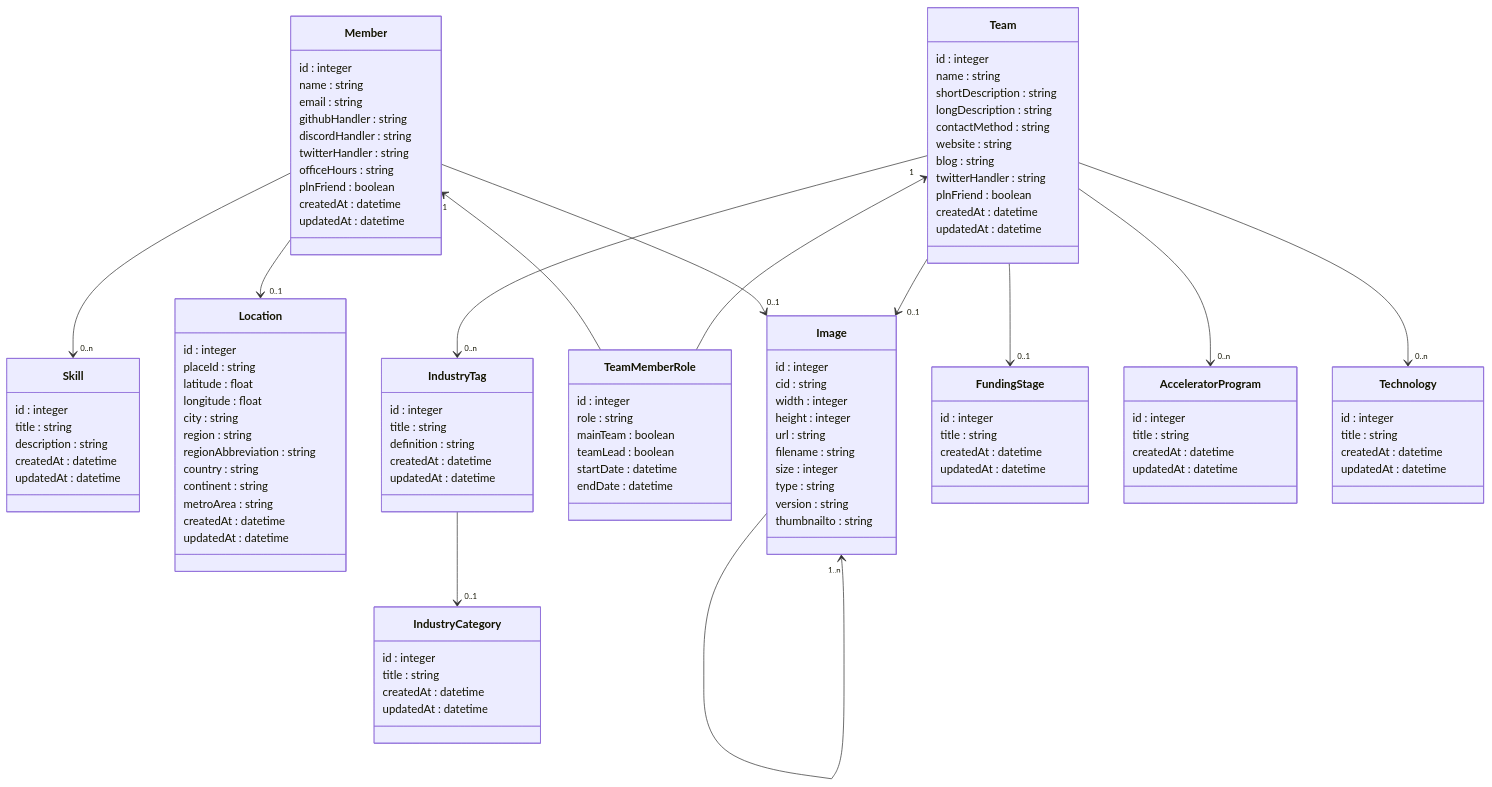
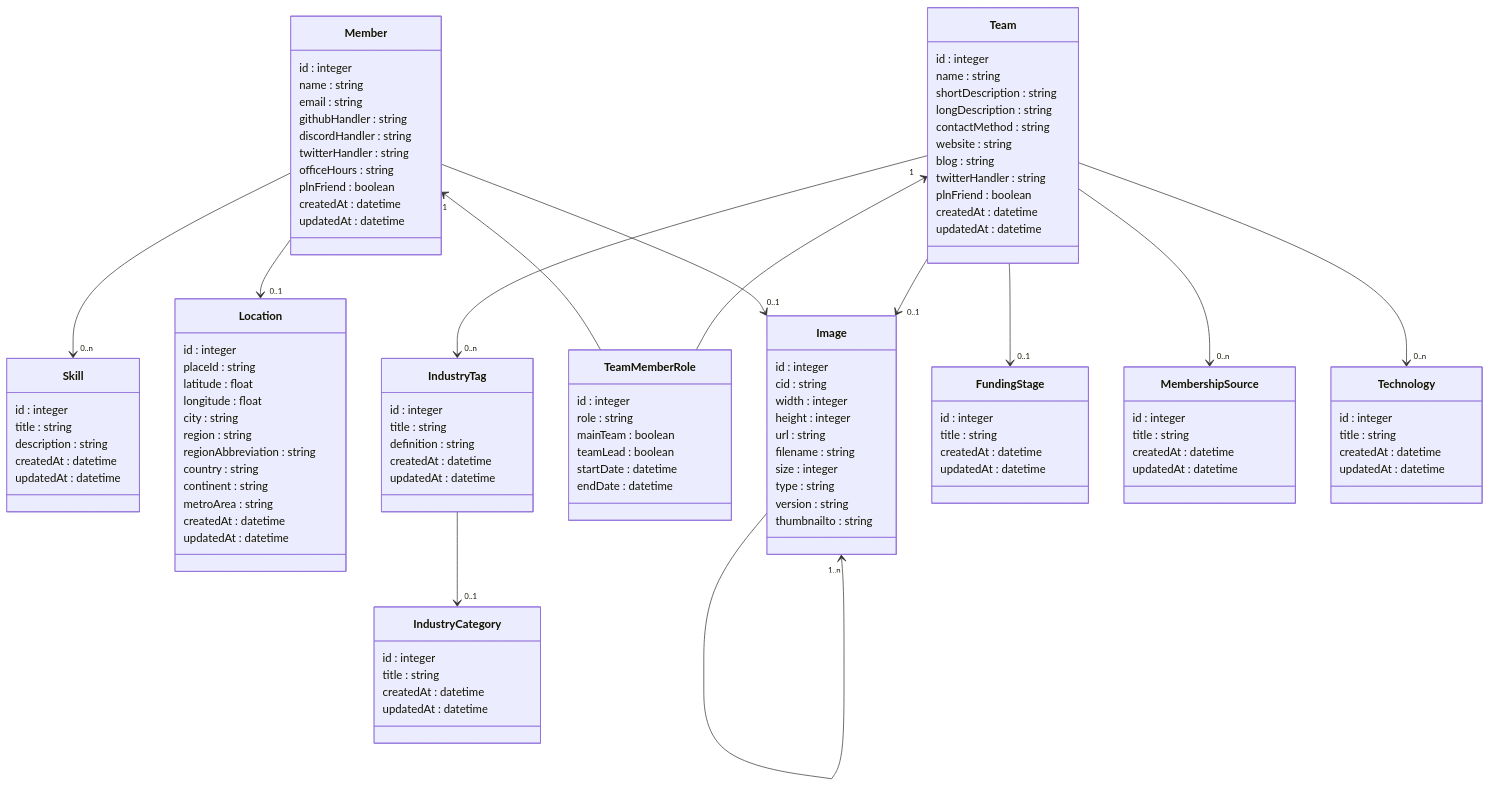
Before and after one commit to memser-spaceport/pln-directory-portal: the diagram in apps/web-api/docs/data-model.md, drawn with Mermaid. The commit also changed 62 other files, not shown here.

First line of the commit message:
feat(PL-459): change accelerator program to membership source

```diff
--- a/apps/web-api/docs/data-model.md
+++ b/apps/web-api/docs/data-model.md
@@ -13,7 +13,7 @@
     Team --> "0..n" IndustryTag
     Team --> "0..1" FundingStage
     Team --> "0..1" Image
-    Team --> "0..n" AcceleratorProgram
+    Team --> "0..n" MembershipSource
     Team --> "0..n" Technology
     Image --> "1..n" Image
 
@@ -50,7 +50,7 @@
     }
 
 
-    class AcceleratorProgram {
+    class MembershipSource {
       id : integer
       title : string
       createdAt : datetime
```
